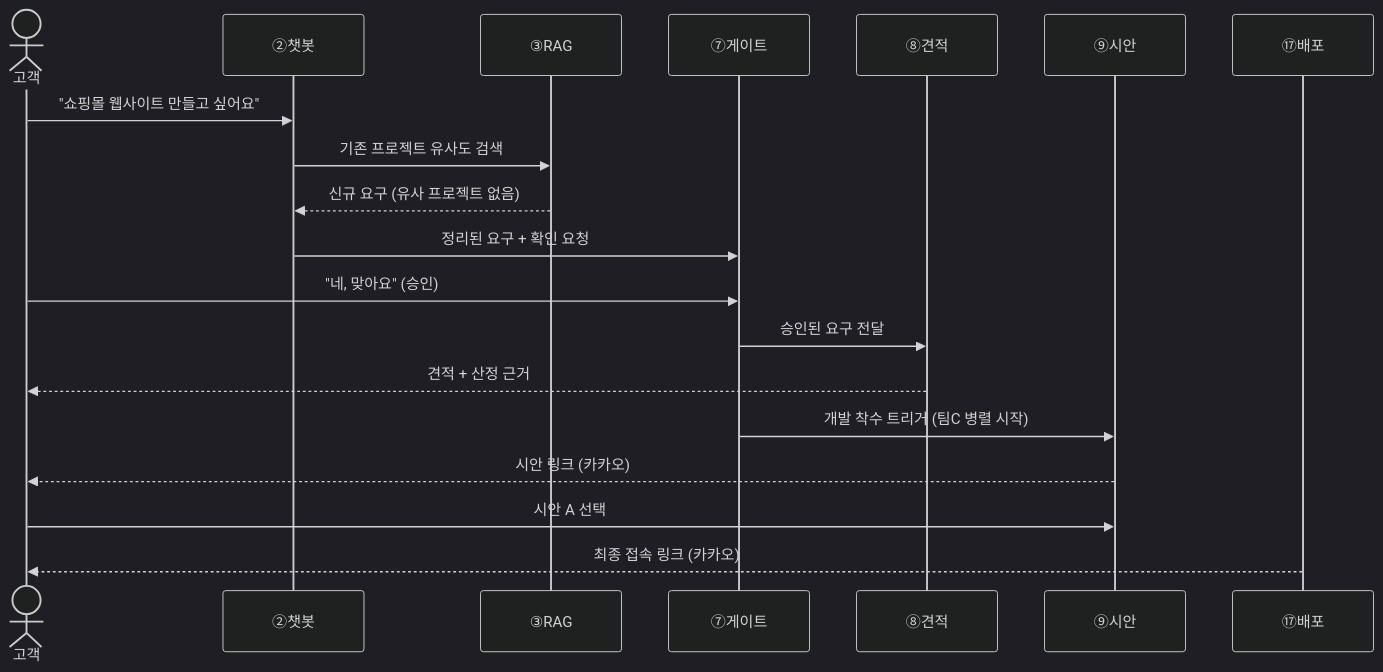
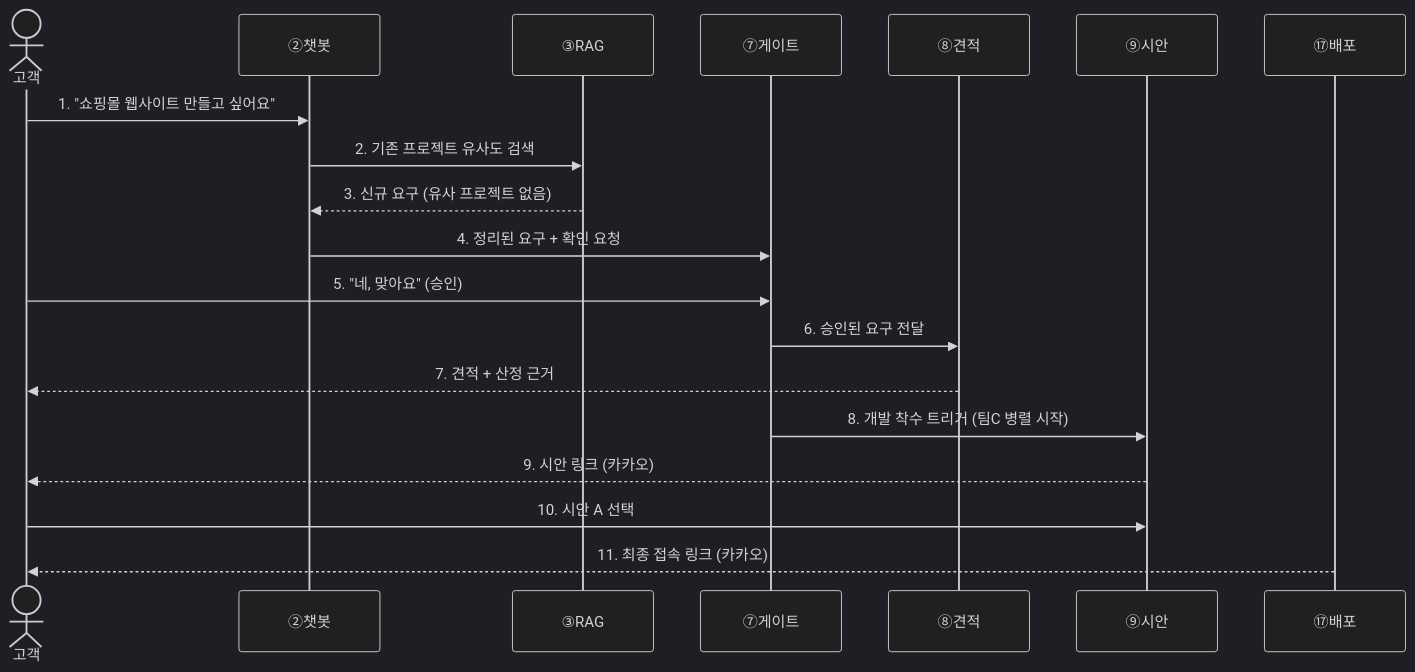
The second of 5 diagrams in README.md (kyungsikjeung/agt001), drawn with Mermaid (dark theme) before and after one commit. The commit also changed other lines of this file and 1 other file, not shown here.

First line of the commit message:
Number every sequence diagram step and add explanation tables

````diff
--- a/README.md
+++ b/README.md
@@ -49,22 +49,22 @@
 ```mermaid
 sequenceDiagram
     actor 고객
     participant 챗봇 as ②챗봇
     participant RAG as ③RAG
     participant 게이트 as ⑦게이트
     participant 견적 as ⑧견적
     participant 시안 as ⑨시안
     participant 배포 as ⑰배포
 
-    고객->>챗봇: "쇼핑몰 웹사이트 만들고 싶어요"
-    챗봇->>RAG: 기존 프로젝트 유사도 검색
-    RAG-->>챗봇: 신규 요구 (유사 프로젝트 없음)
-    챗봇->>게이트: 정리된 요구 + 확인 요청
-    고객->>게이트: "네, 맞아요" (승인)
-    게이트->>견적: 승인된 요구 전달
-    견적-->>고객: 견적 + 산정 근거
-    게이트->>시안: 개발 착수 트리거 (팀C 병렬 시작)
-    시안-->>고객: 시안 링크 (카카오)
-    고객->>시안: 시안 A 선택
-    배포-->>고객: 최종 접속 링크 (카카오)
+    고객->>챗봇: 1. "쇼핑몰 웹사이트 만들고 싶어요"
+    챗봇->>RAG: 2. 기존 프로젝트 유사도 검색
+    RAG-->>챗봇: 3. 신규 요구 (유사 프로젝트 없음)
+    챗봇->>게이트: 4. 정리된 요구 + 확인 요청
+    고객->>게이트: 5. "네, 맞아요" (승인)
+    게이트->>견적: 6. 승인된 요구 전달
+    견적-->>고객: 7. 견적 + 산정 근거
+    게이트->>시안: 8. 개발 착수 트리거 (팀C 병렬 시작)
+    시안-->>고객: 9. 시안 링크 (카카오)
+    고객->>시안: 10. 시안 A 선택
+    배포-->>고객: 11. 최종 접속 링크 (카카오)
 ```
````
